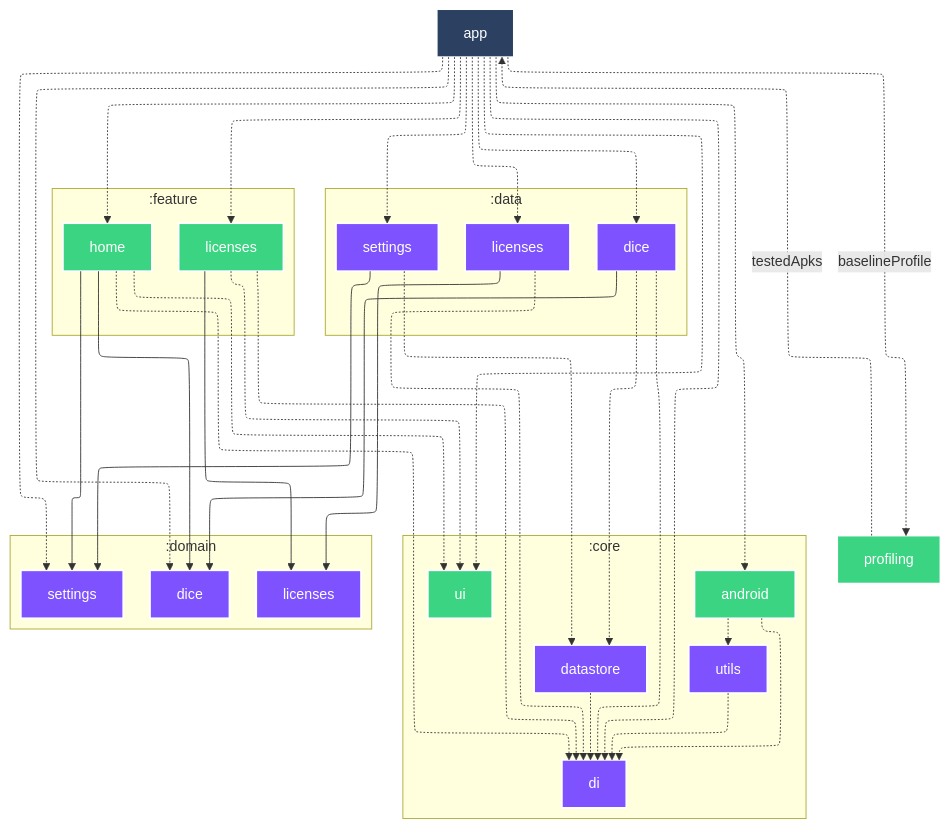
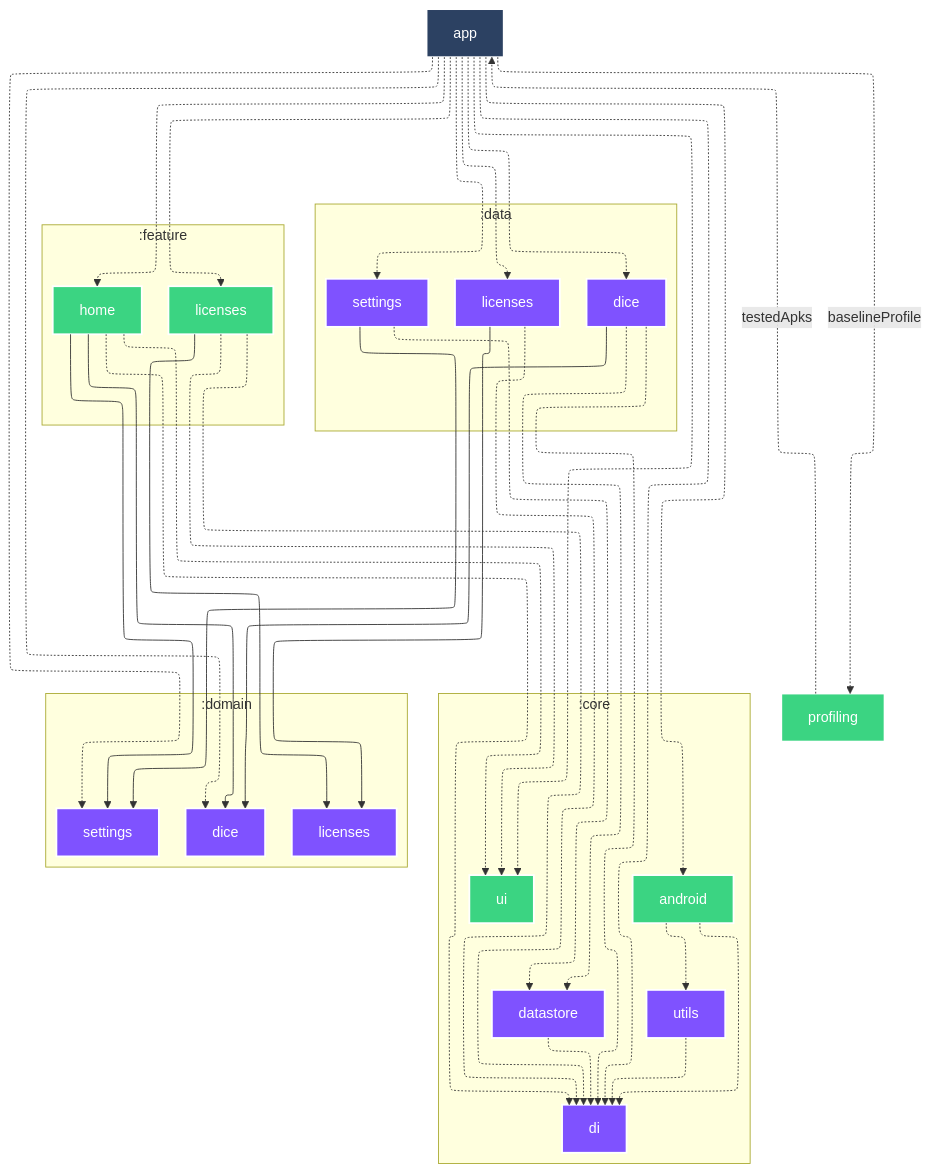
The diagram in README.md (SimonMarquis/Android-Playground), drawn with Mermaid before and after one commit. The commit also changed other lines of this file and 15 other files, not shown here.

````diff
--- a/README.md
+++ b/README.md
@@ -116,68 +116,72 @@
 ```mermaid
 ---
 config:
   layout: elk
   elk:
     nodePlacementStrategy: SIMPLE
 ---
 graph TB
   subgraph :core
+    direction TB
     :core:android[android]:::android-library
     :core:datastore[datastore]:::jvm
     :core:di[di]:::jvm
     :core:ui[ui]:::android-library
     :core:utils[utils]:::jvm
   end
   subgraph :domain
+    direction TB
     :domain:dice[dice]:::jvm
     :domain:licenses[licenses]:::jvm
     :domain:settings[settings]:::jvm
   end
   subgraph :data
+    direction TB
     :data:dice[dice]:::jvm
     :data:licenses[licenses]:::jvm
     :data:settings[settings]:::jvm
   end
   subgraph :feature
+    direction TB
     :feature:home[home]:::android-library
     :feature:licenses[licenses]:::android-library
   end
   :profiling[profiling]:::android-test
   :app[app]:::android-application
 
   :app -.-> :core:android
   :app -.-> :core:di
   :app -.-> :core:ui
   :app -.-> :data:dice
   :app -.-> :data:licenses
   :app -.-> :data:settings
   :app -.-> :domain:dice
   :app -.-> :domain:settings
   :app -.-> :feature:home
   :app -.-> :feature:licenses
   :app -.->|baselineProfile| :profiling
   :core:android -.-> :core:di
   :core:android -.-> :core:utils
   :core:datastore -.-> :core:di
   :core:utils -.-> :core:di
   :data:dice -.-> :core:datastore
   :data:dice -.-> :core:di
   :data:dice ---> :domain:dice
   :data:licenses -.-> :core:di
   :data:licenses ---> :domain:licenses
   :data:settings -.-> :core:datastore
   :data:settings ---> :domain:settings
   :feature:home -.-> :core:di
   :feature:home -.-> :core:ui
   :feature:home ---> :domain:dice
   :feature:home ---> :domain:settings
   :feature:licenses -.-> :core:di
   :feature:licenses -.-> :core:ui
   :feature:licenses ---> :domain:licenses
   :profiling -.->|testedApks| :app
 
 classDef android-application fill:#2C4162,stroke:#fff,stroke-width:2px,color:#fff;
 classDef android-library fill:#3BD482,stroke:#fff,stroke-width:2px,color:#fff;
 classDef android-test fill:#3BD482,stroke:#fff,stroke-width:2px,color:#fff;
 classDef jvm fill:#7F52FF,stroke:#fff,stroke-width:2px,color:#fff;
 ```
````
